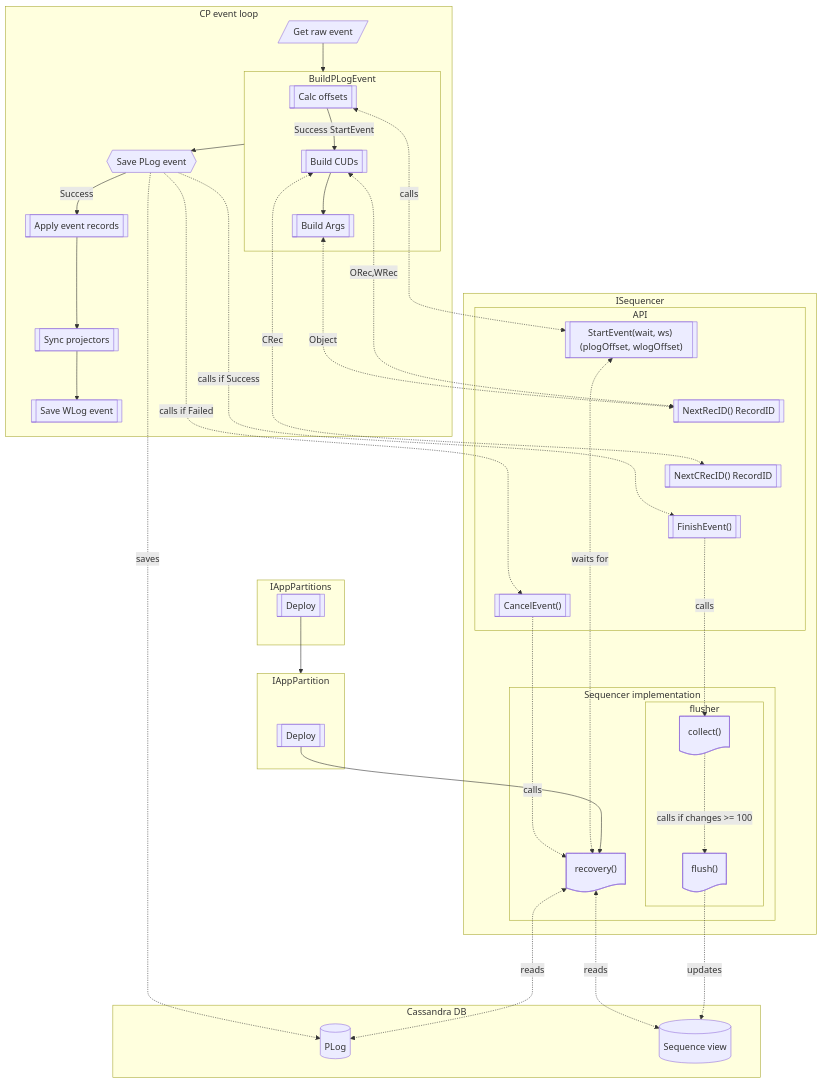
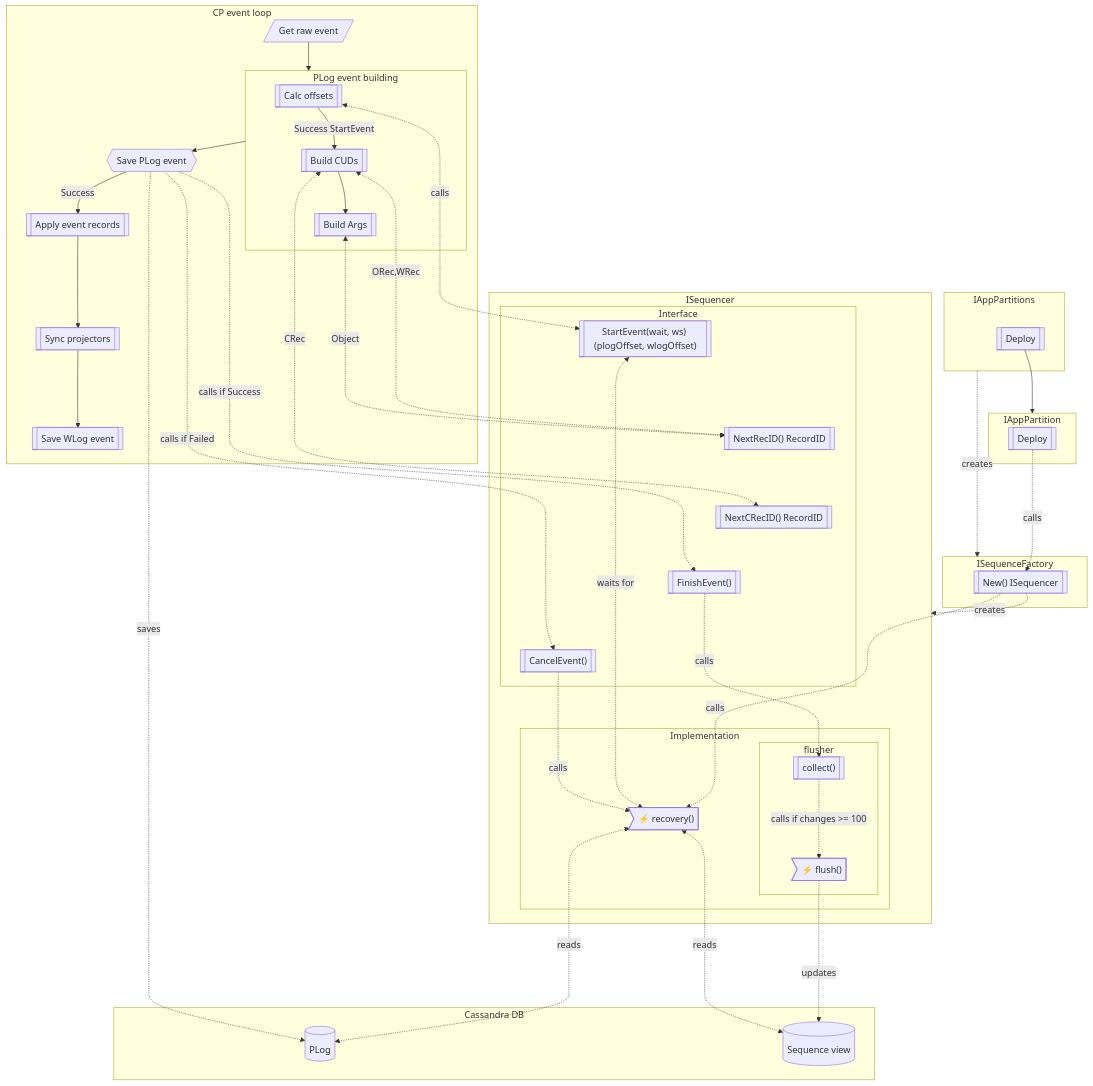
The diagram in server/design/sequences.md (mail2nnv/voedger-internals), drawn with Mermaid before and after one commit.

Commit message:
update flow schema

```diff
--- a/server/design/sequences.md
+++ b/server/design/sequences.md
@@ -97,22 +97,31 @@
   DeployApp@{ shape: fr-rect, label: "Deploy" }
 end
 
+subgraph ISequenceFactory
+  New@{ shape: fr-rect, label: "New() ISequencer" }
+end
+
+IAppPartitions -..->|creates|ISequenceFactory
+
 DeployApp --> IAppPartition
 
 subgraph IAppPartition
   DeployPartition@{ shape: fr-rect, label: "Deploy" }
 end
 
-DeployPartition ---> recovery
+DeployPartition -..->|calls| New
 
 subgraph Cassandra [Cassandra DB]
   PLog@{ shape: cyl, label: "PLog" }
   SeqView@{ shape: cyl, label: "Sequence view" }
 end
 
+New -..->|creates| ISequencer
+New -..->|calls| recovery
+
 subgraph ISequencer
 
-  subgraph API
+  subgraph API[Interface]
     StartEvent@{ shape: fr-rect, label: "StartEvent(wait, ws) (plogOffset, wlogOffset)" }
     NextRecID@{ shape: fr-rect, label: "NextRecID() RecordID" }
     NextCRecID@{ shape: fr-rect, label: "NextCRecID() RecordID" }
@@ -121,12 +130,12 @@
     StartEvent~~~NextRecID~~~NextCRecID~~~FinishEvent~~~CancelEvent
   end
 
-  subgraph Sequencer["Sequencer implementation"]
-    recovery@{ shape: doc, label: "recovery()" }
+  subgraph Sequencer["Implementation"]
+    recovery@{ shape: odd, label: "⚡ recovery()" }
 
     subgraph flusher
-        collect@{ shape: doc, label: "collect()" }
-        flush@{ shape: doc, label: "flush()" }
+        collect@{ shape: fr-rect, label: "collect()" }
+        flush@{ shape: odd, label: "⚡ flush()" }
         collect -..->|"calls if changes >= 100"| flush
     end
   end
@@ -144,7 +153,7 @@
 subgraph processor [CP event loop]
     GetRawEvent@{ shape: lean-r, label: "Get raw event" }
     GetRawEvent --> BuildPLogEvent
-    subgraph BuildPLogEvent
+    subgraph BuildPLogEvent["PLog event building"]
       Offsets@{ shape: fr-rect, label: "Calc offsets" }
       Offsets <-..->|calls| StartEvent
       Offsets -->|Success StartEvent| CUDs
```
